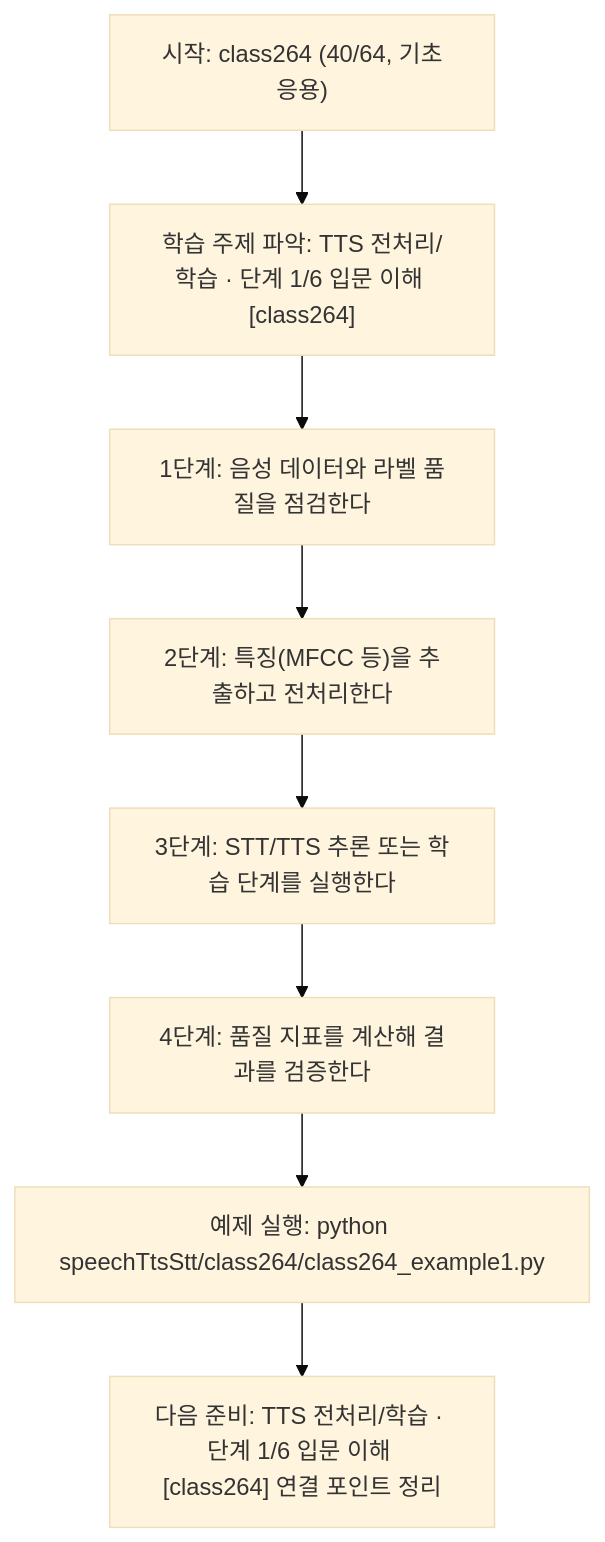
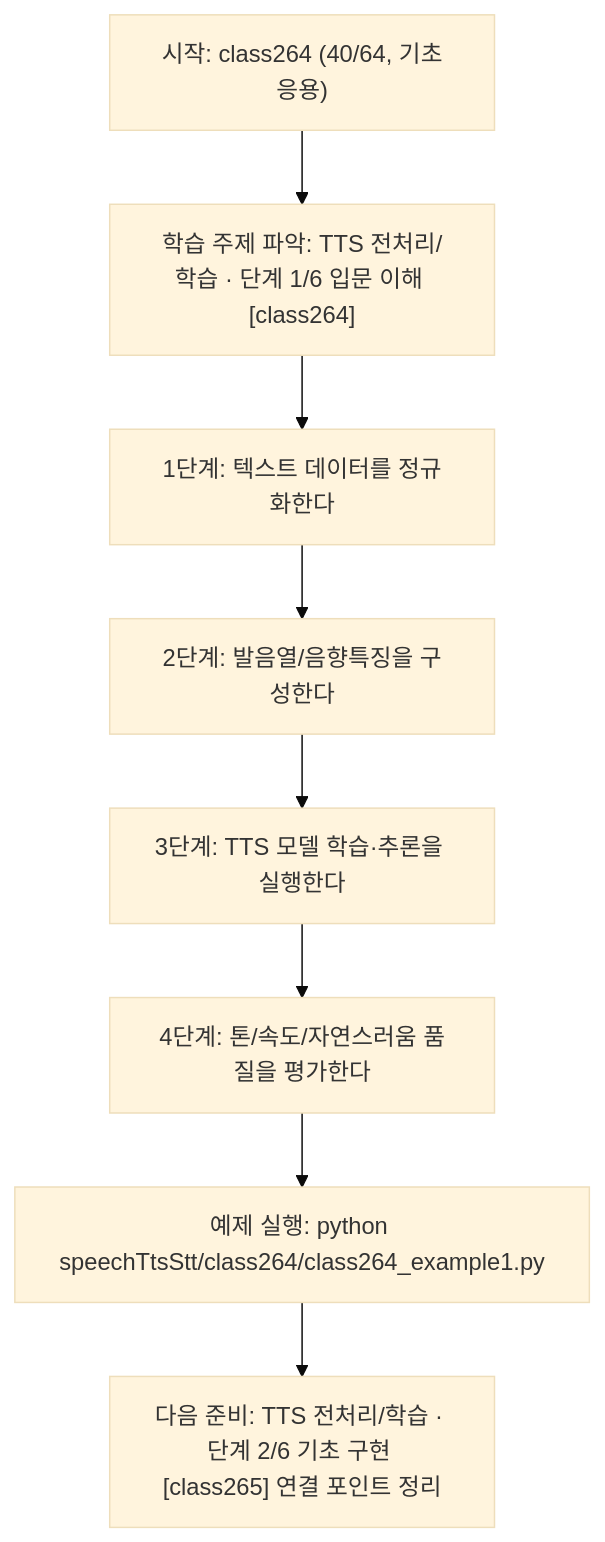
One commit to edumgt/Python-AI_Agent-Class changed the diagram in speechTtsStt/class264/class264.md. Above: the diagram before and after it, drawn with Mermaid (base theme). The commit also changed other lines of this file and 1122 other files, not shown here.

````diff
--- a/speechTtsStt/class264/class264.md
+++ b/speechTtsStt/class264/class264.md
@@ -114,18 +95,18 @@
 ```mermaid
 flowchart TD
 N1["시작: class264 (40/64, 기초응용)"]
 N2["학습 주제 파악: TTS 전처리/학습 · 단계 1/6 입문 이해 [class264]"]
-N3["1단계: 음성 데이터와 라벨 품질을 점검한다"]
-N4["2단계: 특징(MFCC 등)을 추출하고 전처리한다"]
-N5["3단계: STT/TTS 추론 또는 학습 단계를 실행한다"]
-N6["4단계: 품질 지표를 계산해 결과를 검증한다"]
+N3["1단계: 텍스트 데이터를 정규화한다"]
+N4["2단계: 발음열/음향특징을 구성한다"]
+N5["3단계: TTS 모델 학습·추론을 실행한다"]
+N6["4단계: 톤/속도/자연스러움 품질을 평가한다"]
 N7["예제 실행: python speechTtsStt/class264/class264_example1.py"]
-N8["다음 준비: TTS 전처리/학습 · 단계 1/6 입문 이해 [class264] 연결 포인트 정리"]
+N8["다음 준비: TTS 전처리/학습 · 단계 2/6 기초 구현 [class265] 연결 포인트 정리"]
 N1 --> N2
 N2 --> N3
 N3 --> N4
 N4 --> N5
 N5 --> N6
 N6 --> N7
 N7 --> N8
 ```
````
